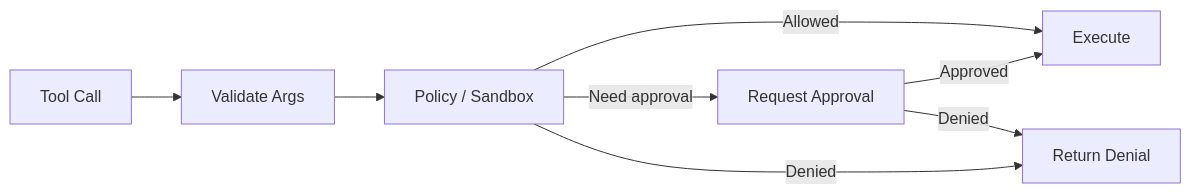
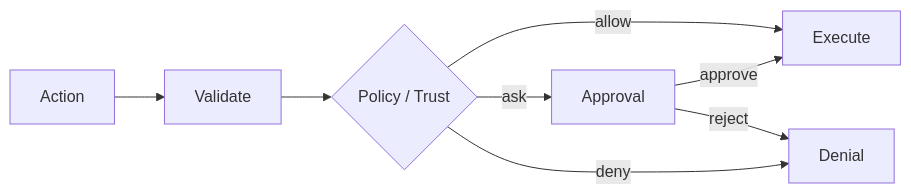
Before and after one commit to indigofeather/harness-book: the fourth of 7 diagrams in docs/foundations/agent-loop.md, drawn with Mermaid. The commit also changed other lines of this file and 48 other files, not shown here.

````diff
--- a/docs/foundations/agent-loop.md
+++ b/docs/foundations/agent-loop.md
@@ -130,10 +118,10 @@
 ```mermaid
 flowchart LR
-  A[Tool Call] --> V[Validate Args]
-  V --> P[Policy / Sandbox]
-  P -->|Allowed| E[Execute]
-  P -->|Need approval| R[Request Approval]
-  P -->|Denied| D[Return Denial]
-  R -->|Approved| E
-  R -->|Denied| D
+  A[Action] --> V[Validate]
+  V --> P{Policy / Trust}
+  P -->|allow| E[Execute]
+  P -->|ask| Q[Approval]
+  P -->|deny| D[Denial]
+  Q -->|approve| E
+  Q -->|reject| D
 ```
````
